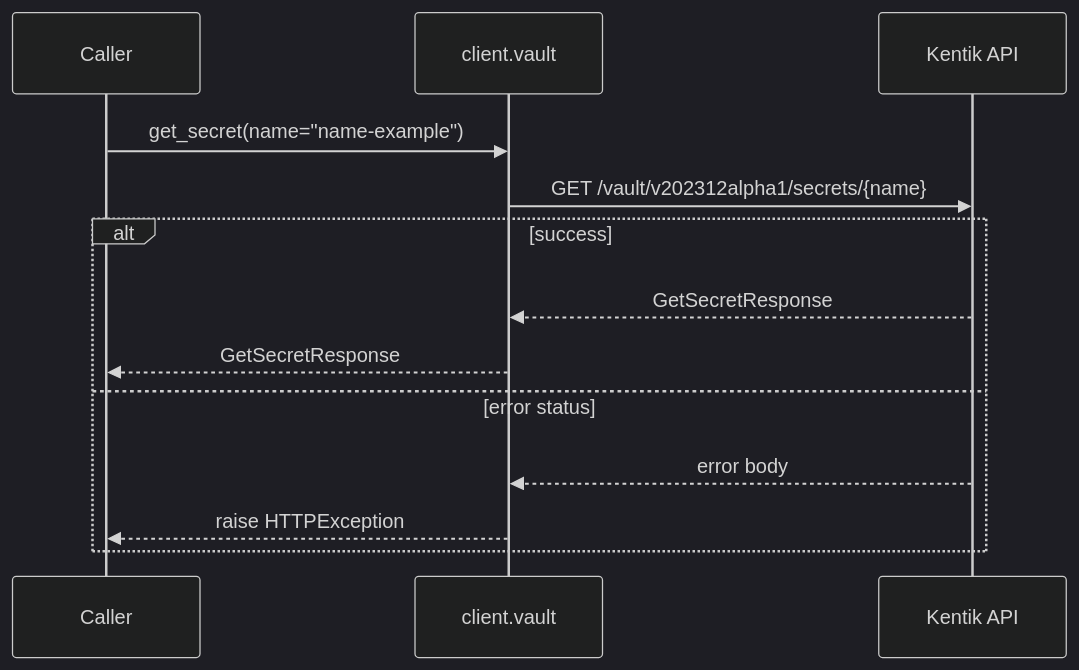
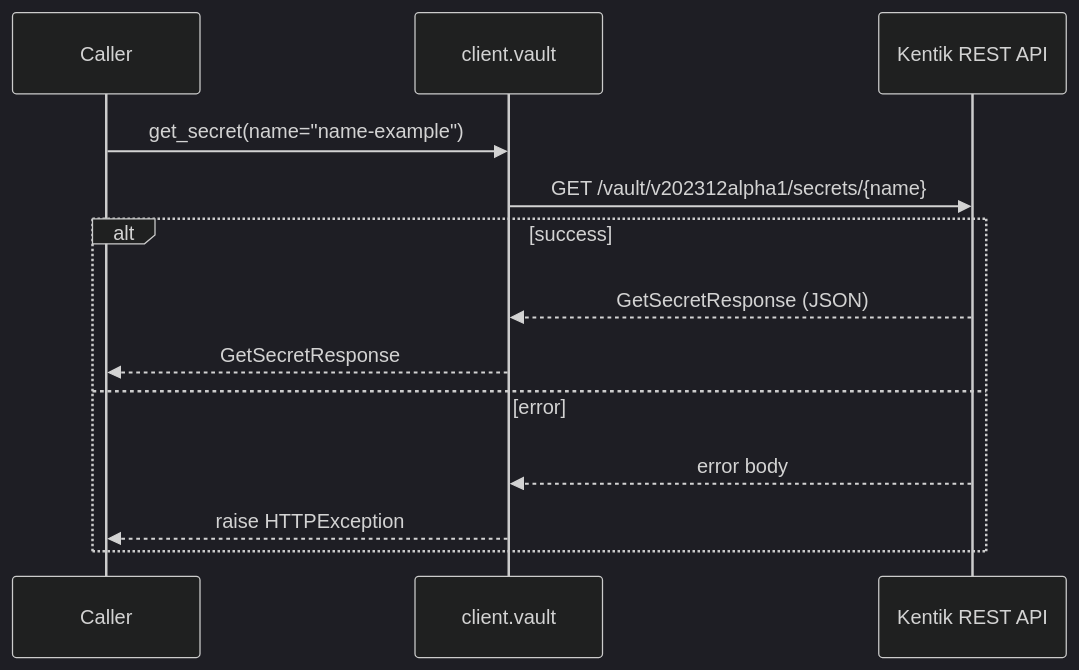
One commit to alexdearaujo/community_sdk_python changed the fourth of 6 diagrams in docs/sphinx/services/vault.md. Above: the diagram before and after it, drawn with Mermaid (dark theme). The commit also changed other lines of this file and 61 other files, not shown here.

````diff
--- a/docs/sphinx/services/vault.md
+++ b/docs/sphinx/services/vault.md
@@ -83,16 +110,16 @@
 ```mermaid
 sequenceDiagram
     participant C as Caller
     participant W as client.vault
-    participant API as Kentik API
+    participant API as Kentik REST API
 
     C->>W: get_secret(name="name-example")
     W->>API: GET /vault/v202312alpha1/secrets/{name}
     alt success
-        API-->>W: GetSecretResponse
+        API-->>W: GetSecretResponse (JSON)
         W-->>C: GetSecretResponse
-    else error status
+    else error
         API-->>W: error body
         W-->>C: raise HTTPException
     end
 ```
````
